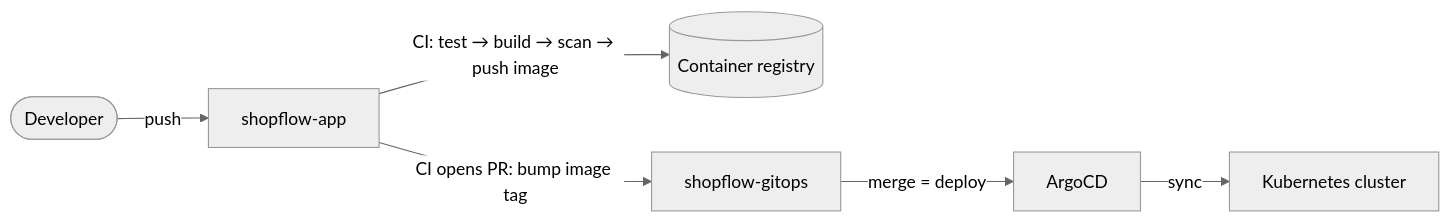
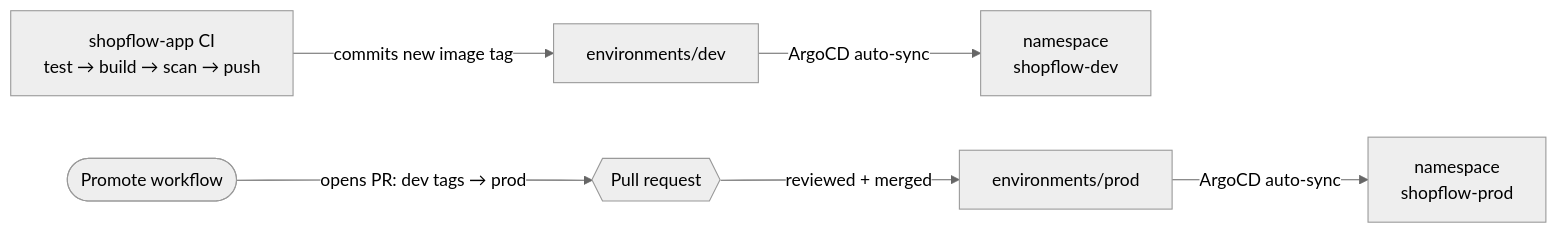
One commit to chaithanyareddyk3273/shopflow-gitops changed the diagram in README.md. Above: the diagram before and after it, drawn with Mermaid (neutral theme). The commit also changed other lines of this file and 11 other files, not shown here.

First line of the commit message:
Phase 2: ArgoCD GitOps with dev/prod environments and promotion

````diff
--- a/README.md
+++ b/README.md
@@ -9,8 +11,8 @@
 ```mermaid
 flowchart LR
-    DEV([Developer]) -->|push| APP[shopflow-app]
-    APP -->|CI: test → build → scan → push image| REG[(Container registry)]
-    APP -->|CI opens PR: bump image tag| GITOPS[shopflow-gitops]
-    GITOPS -->|merge = deploy| ARGO[ArgoCD]
-    ARGO -->|sync| K8S[Kubernetes cluster]
+    APP[shopflow-app CI<br/>test → build → scan → push] -->|commits new image tag| DEVV[environments/dev]
+    DEVV -->|ArgoCD auto-sync| D[namespace<br/>shopflow-dev]
+    PROMO([Promote workflow]) -->|opens PR: dev tags → prod| PR{{Pull request}}
+    PR -->|reviewed + merged| PRODV[environments/prod]
+    PRODV -->|ArgoCD auto-sync| P[namespace<br/>shopflow-prod]
 ```
````
